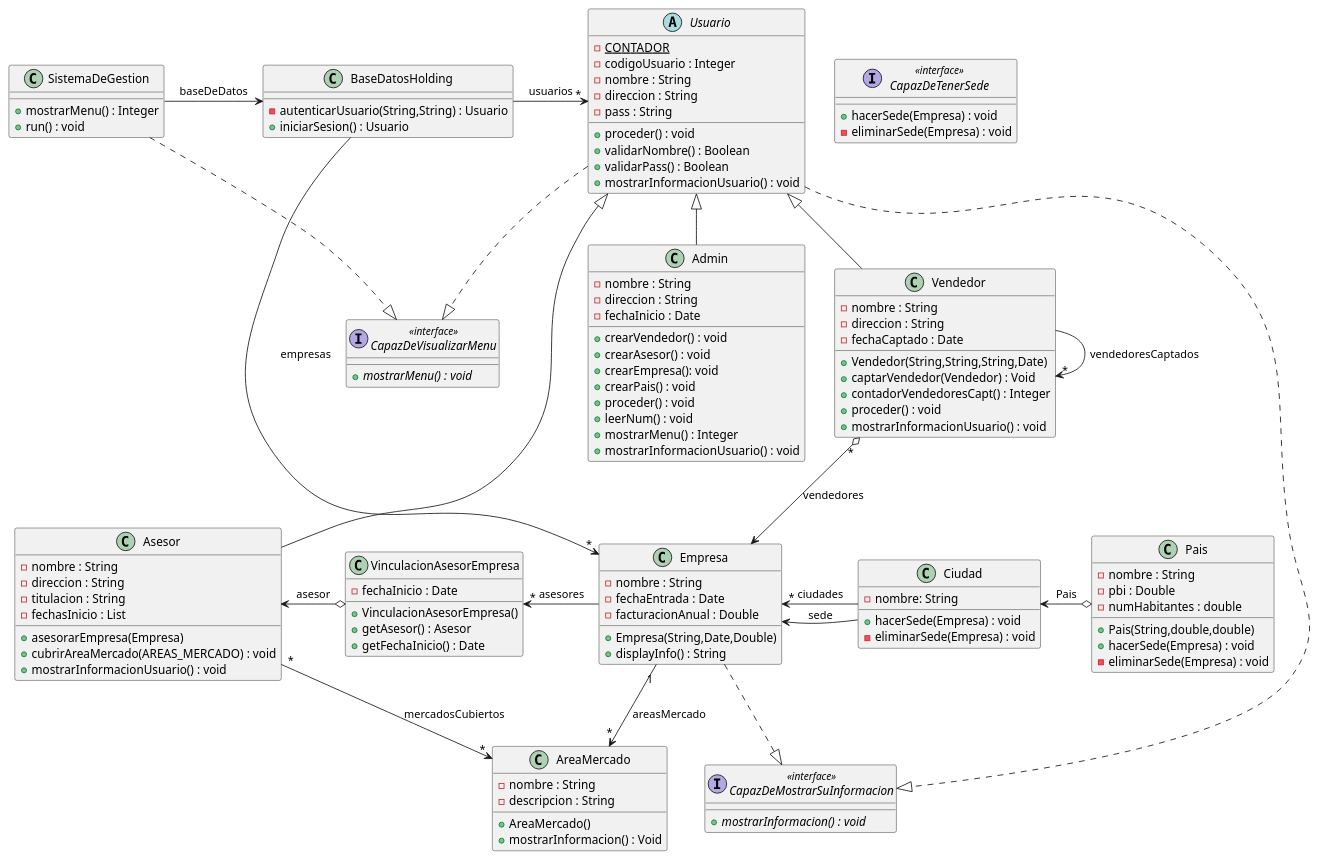
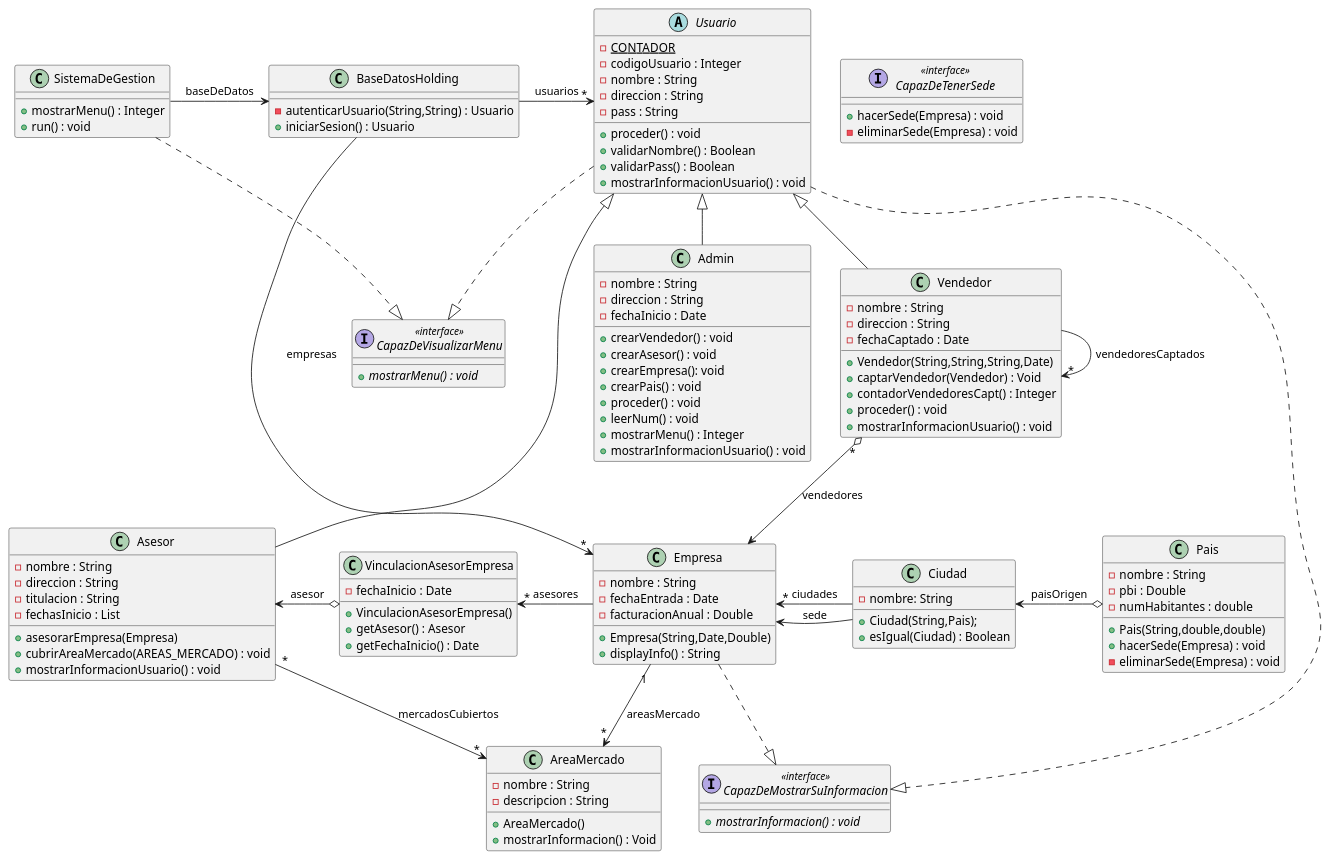
The diagram in proyecto-programacion2/src/holding/diagrama-de-clases.puml (maxi-stein/Proyecto-Programacion-2), drawn with PlantUML before and after one commit. The commit also changed 3 other files, not shown here.

First line of the commit message:
Implementacion Pais y Ciudad

```diff
--- a/proyecto-programacion2/src/holding/diagrama-de-clases.puml
+++ b/proyecto-programacion2/src/holding/diagrama-de-clases.puml
@@ -1,138 +1,137 @@
 @startuml
 class SistemaDeGestion{
 +mostrarMenu() : Integer
 +run() : void
 }
 
 class BaseDatosHolding{
 -autenticarUsuario(String,String) : Usuario
 +iniciarSesion() : Usuario
 }
 
 abstract Usuario{
 -{static} CONTADOR
 -codigoUsuario : Integer
 -nombre : String
 -direccion : String
 -pass : String
 
 +proceder() : void
 +validarNombre() : Boolean
 +validarPass() : Boolean
 +mostrarInformacionUsuario() : void
 }
 
 class Vendedor extends Usuario{
     -nombre : String
     -direccion : String
     -fechaCaptado : Date
     +Vendedor(String,String,String,Date)
     +captarVendedor(Vendedor) : Void
     +contadorVendedoresCapt() : Integer
     +proceder() : void
     +mostrarInformacionUsuario() : void
 
 }
 
 class Empresa{
     -nombre : String
     -fechaEntrada : Date
     -facturacionAnual : Double
     +Empresa(String,Date,Double)
     +displayInfo() : String
 }
 
 class AreaMercado {
     -nombre : String
     -descripcion : String
 
     +AreaMercado()
     +mostrarInformacion() : Void
 }
 
 class Asesor extends Usuario{
 -nombre : String
 -direccion : String
 -titulacion : String
 -fechasInicio : List
 +asesorarEmpresa(Empresa)
 +cubrirAreaMercado(AREAS_MERCADO) : void
 +mostrarInformacionUsuario() : void
 }
 
 class VinculacionAsesorEmpresa{
     -fechaInicio : Date
 
     +VinculacionAsesorEmpresa()
     +getAsesor() : Asesor
     +getFechaInicio() : Date
 }
 
 class Admin extends Usuario{
 -nombre : String
 -direccion : String
 -fechaInicio : Date
 +crearVendedor() : void
 +crearAsesor() : void
 +crearEmpresa(): void
 +crearPais() : void
 +proceder() : void
 +leerNum() : void
 +mostrarMenu() : Integer
 +mostrarInformacionUsuario() : void
 }
 
 class Pais{
     -nombre : String
     -pbi : Double
     -numHabitantes : double
 
     +Pais(String,double,double)
     +hacerSede(Empresa) : void
     -eliminarSede(Empresa) : void
 }
 
 class Ciudad{
     -nombre: String
-
-    +hacerSede(Empresa) : void
-    -eliminarSede(Empresa) : void
+    +Ciudad(String,Pais);
+    +esIgual(Ciudad) : Boolean
 }
 
 interface CapazDeTenerSede <<interface>>{
     +hacerSede(Empresa) : void
     -eliminarSede(Empresa) : void
 }
 
 interface CapazDeVisualizarMenu <<interface>>{
     +{abstract} mostrarMenu() : void
 }
 
 interface CapazDeMostrarSuInformacion <<interface>>{
     +{abstract} mostrarInformacion() : void
 }
 
 
 
 
 SistemaDeGestion -> BaseDatosHolding : "baseDeDatos"
 SistemaDeGestion -.|> CapazDeVisualizarMenu
 BaseDatosHolding -> "*" Usuario : usuarios
 BaseDatosHolding -> "*" Empresa : empresas
 Usuario -.|> CapazDeVisualizarMenu
 Usuario -.|> CapazDeMostrarSuInformacion
 Vendedor "*" o--> Empresa : vendedores
 Vendedor -> "*" Vendedor : vendedoresCaptados
 
 Empresa "1"--> "*" AreaMercado : areasMercado
 Empresa -.|> CapazDeMostrarSuInformacion
 Empresa <- Ciudad : sede
 VinculacionAsesorEmpresa "*" <- Empresa: asesores
-Ciudad <-o Pais : Pais
+Ciudad <-o Pais : paisOrigen
 Ciudad -> "*" Empresa : ciudades
 
 Asesor "*"-> "*" AreaMercado : mercadosCubiertos
 Asesor <-o VinculacionAsesorEmpresa : asesor
 
 
 @enduml
```
